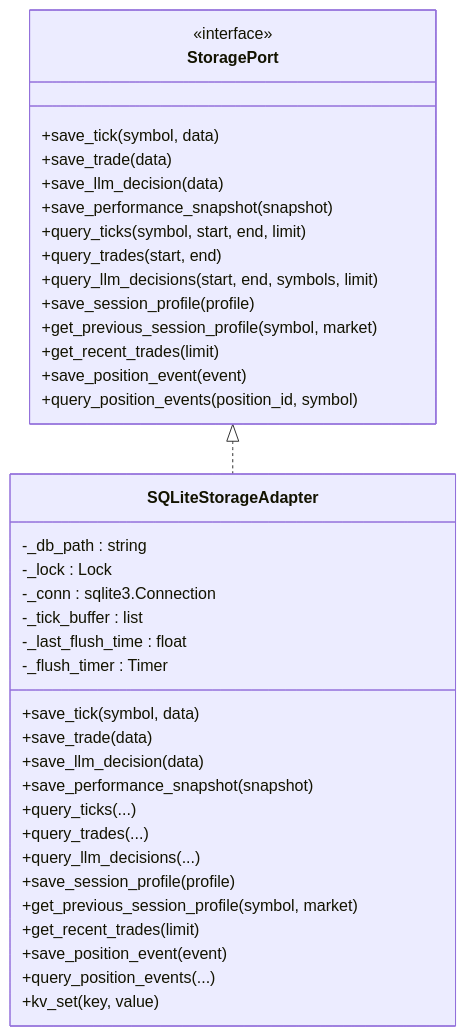
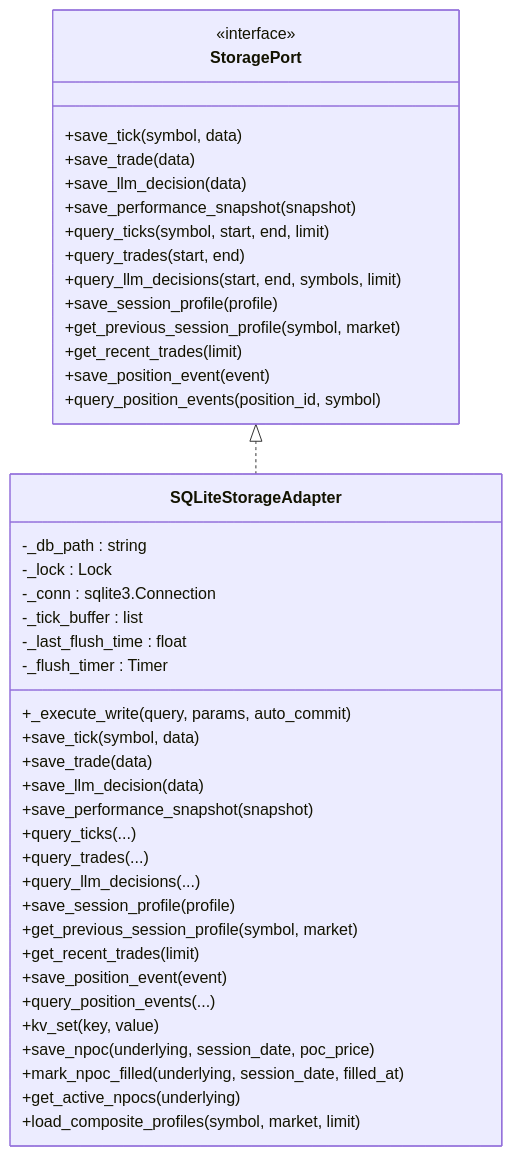
The fifth of 9 diagrams in .qoder/repowiki/en/content/Architecture Deep Dive/Clean Architecture Layers/Application Layer/Data Persistence.md (gemrajkhatry-maker/v5-of-glassytrade-ai), drawn with Mermaid before and after one commit. The commit also changed other lines of this file and 930 other files, not shown here.

````diff
--- a/.qoder/repowiki/en/content/Architecture Deep Dive/Clean Architecture Layers/Application Layer/Data Persistence.md
+++ b/.qoder/repowiki/en/content/Architecture Deep Dive/Clean Architecture Layers/Application Layer/Data Persistence.md
@@ -215,40 +233,45 @@
 ```mermaid
 classDiagram
 class StoragePort {
 <<interface>>
 +save_tick(symbol, data)
 +save_trade(data)
 +save_llm_decision(data)
 +save_performance_snapshot(snapshot)
 +query_ticks(symbol, start, end, limit)
 +query_trades(start, end)
 +query_llm_decisions(start, end, symbols, limit)
 +save_session_profile(profile)
 +get_previous_session_profile(symbol, market)
 +get_recent_trades(limit)
 +save_position_event(event)
 +query_position_events(position_id, symbol)
 }
 class SQLiteStorageAdapter {
 -_db_path : string
 -_lock : Lock
 -_conn : sqlite3.Connection
 -_tick_buffer : list
 -_last_flush_time : float
 -_flush_timer : Timer
++_execute_write(query, params, auto_commit)
 +save_tick(symbol, data)
 +save_trade(data)
 +save_llm_decision(data)
 +save_performance_snapshot(snapshot)
 +query_ticks(...)
 +query_trades(...)
 +query_llm_decisions(...)
 +save_session_profile(profile)
 +get_previous_session_profile(symbol, market)
 +get_recent_trades(limit)
 +save_position_event(event)
 +query_position_events(...)
 +kv_set(key, value)
++save_npoc(underlying, session_date, poc_price)
++mark_npoc_filled(underlying, session_date, filled_at)
++get_active_npocs(underlying)
++load_composite_profiles(symbol, market, limit)
 }
 StoragePort <|.. SQLiteStorageAdapter
 ```
````
